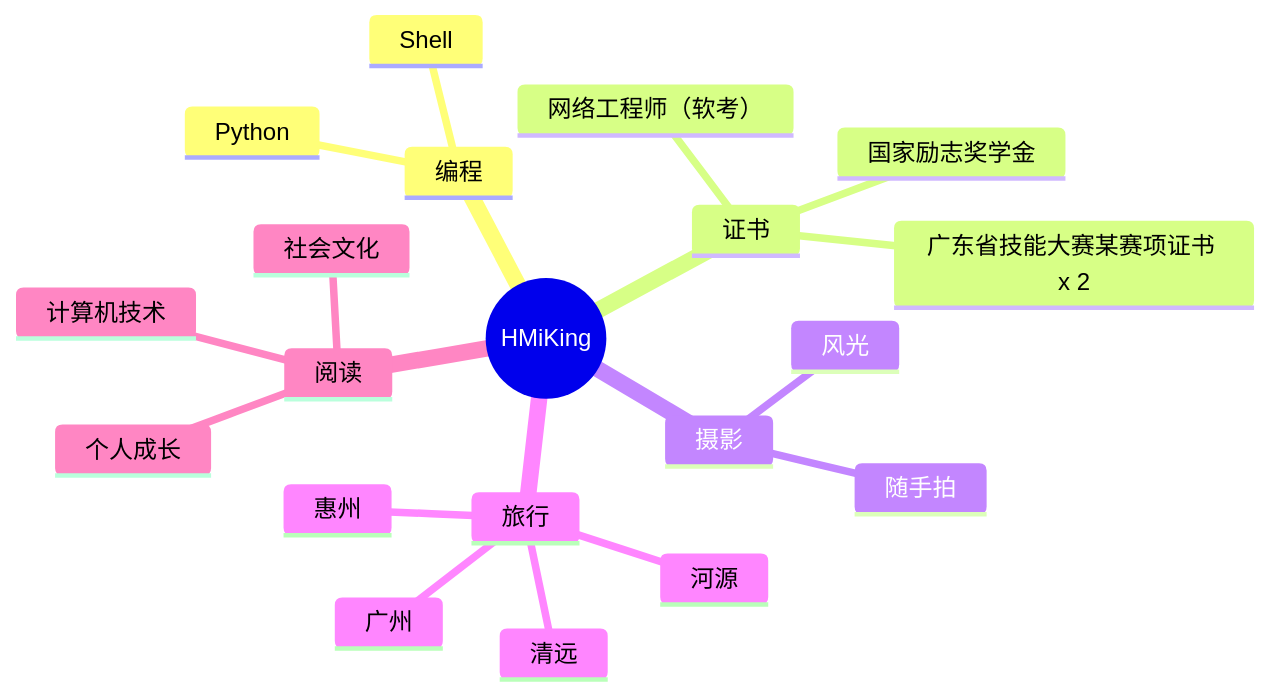
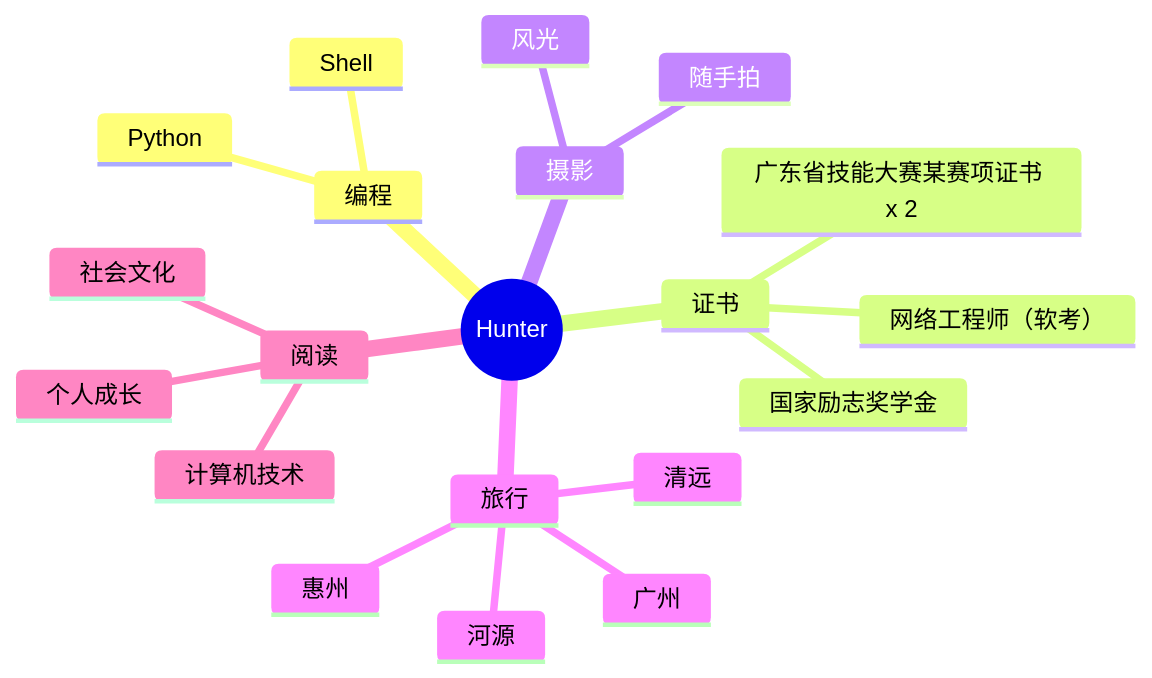
Before and after one commit to H-MiKing/H-MiKing: the diagram in README.md, drawn with Mermaid. The commit also changed other lines of this file, not shown here.

````diff
--- a/README.md
+++ b/README.md
@@ -77,23 +77,23 @@
 ```mermaid
 mindmap
-  root((HMiKing))
+  root((Hunter))
     编程
       Python
       Shell
     证书
       网络工程师（软考）
       国家励志奖学金
       广东省技能大赛某赛项证书 x 2
     摄影
       风光
       随手拍
     旅行
       广州
       惠州
       河源
       清远
     阅读
       个人成长
       社会文化
       计算机技术
 ```
````
